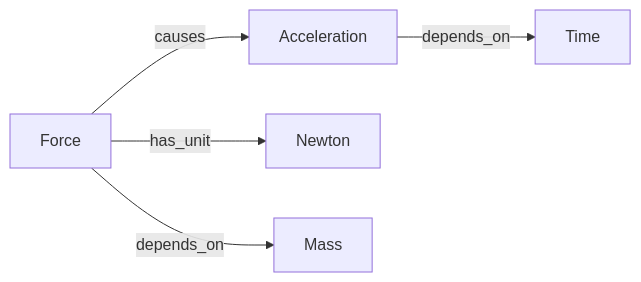
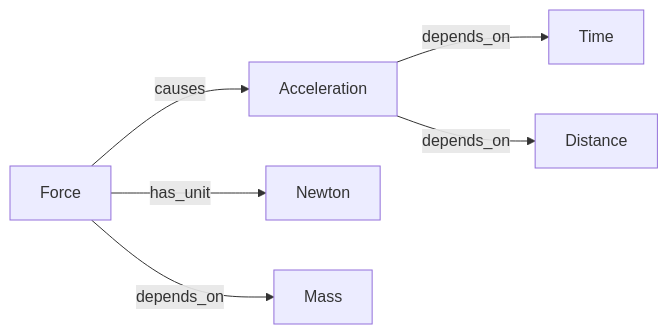
Before and after one commit to CyrilPec/Lingvo: the diagram in README.md, drawn with Mermaid.

````diff
--- a/README.md
+++ b/README.md
@@ -24,7 +24,8 @@
 ```mermaid
 graph LR
     Force -->|causes| Acceleration
     Force -->|has_unit| Newton
     Force -->|depends_on| Mass
     Acceleration -->|depends_on| Time
+Acceleration -->|depends_on| Distance
 ```
````
